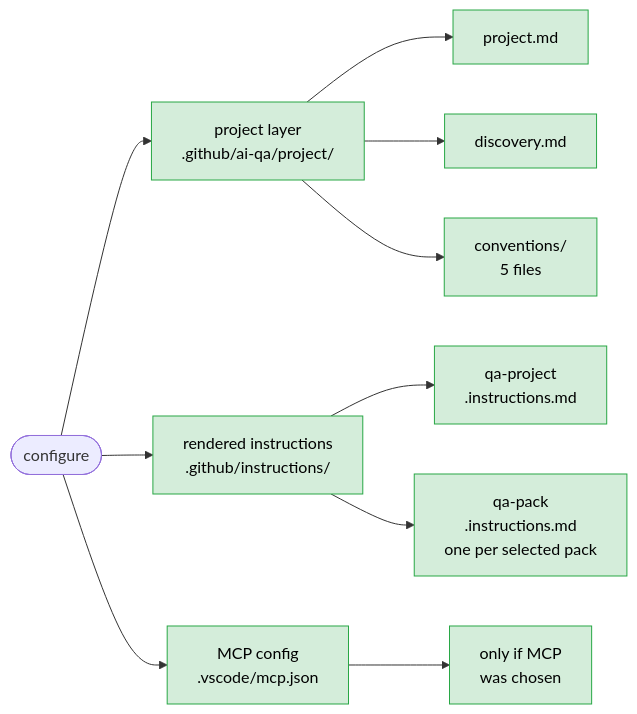
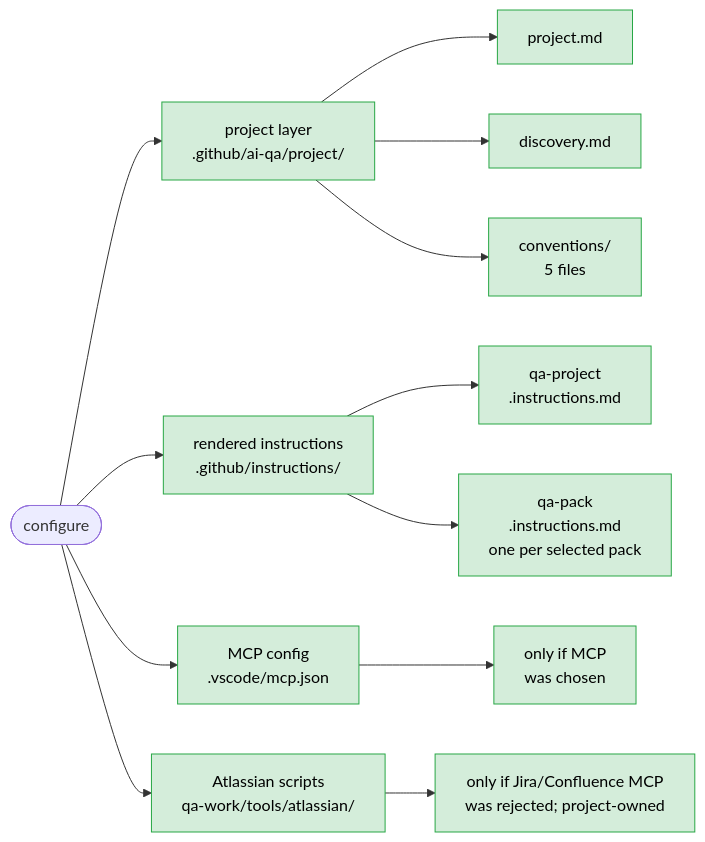
Before and after one commit to bmad-kainos/ai-qa: the third of 5 diagrams in docs/flows/04-file-lifecycle.md, drawn with Mermaid. The commit also changed 2 other files, not shown here.

Commit message:
docs: record configure-owned Atlassian scripts in lifecycle and ownership docs

````diff
--- a/docs/flows/04-file-lifecycle.md
+++ b/docs/flows/04-file-lifecycle.md
@@ -33,15 +33,17 @@
 ```mermaid
 flowchart LR
   C(["configure"])
   C --> P["project layer<br/>.github/ai-qa/project/"]
   C --> R["rendered instructions<br/>.github/instructions/"]
   C --> M["MCP config<br/>.vscode/mcp.json"]
+  C --> T["Atlassian scripts<br/>qa-work/tools/atlassian/"]
   P --> P1["project.md"]
   P --> P2["discovery.md"]
   P --> P3["conventions/<br/>5 files"]
   R --> R1["qa-project<br/>.instructions.md"]
   R --> R2["qa-pack<br/>.instructions.md<br/>one per selected pack"]
   M --> M1["only if MCP<br/>was chosen"]
+  T --> T1["only if Jira/Confluence MCP<br/>was rejected; project-owned"]
   classDef created fill:#d4edda,stroke:#28a745,color:#000
-  class P,P1,P2,P3,R,R1,R2,M,M1 created
+  class P,P1,P2,P3,R,R1,R2,M,M1,T,T1 created
 ```
````
